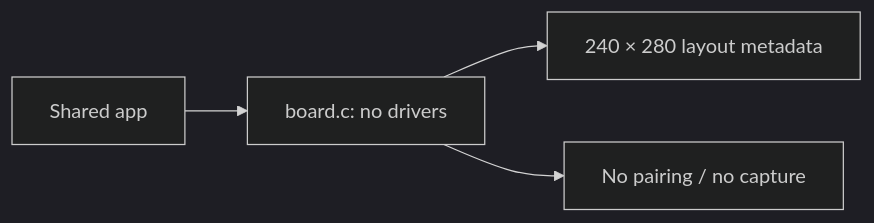
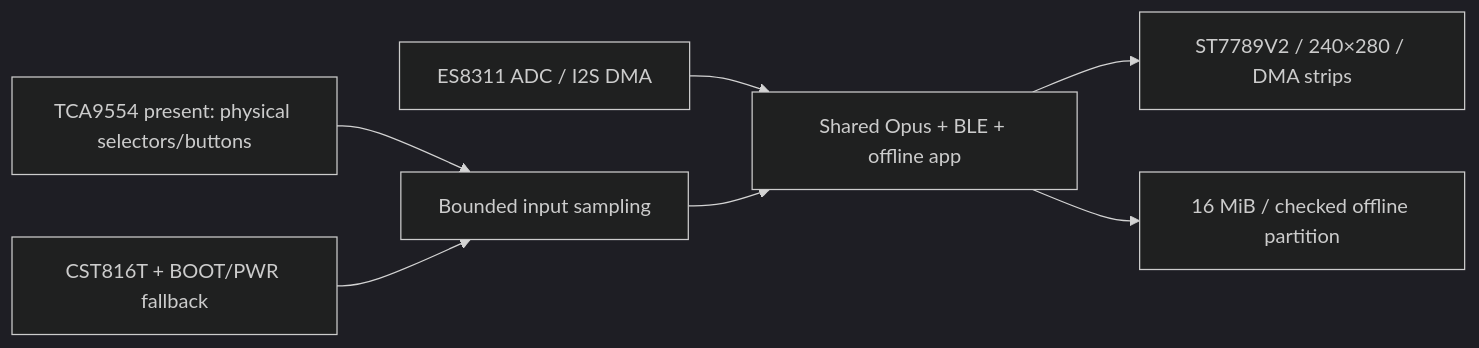
Before and after one commit to Harwasch/voiceremote: the diagram in FW/boards/waveshare_c6_169/README.md, drawn with Mermaid (dark theme). The commit also changed other lines of this file and 40 other files, not shown here.

````diff
--- a/FW/boards/waveshare_c6_169/README.md
+++ b/FW/boards/waveshare_c6_169/README.md
@@ -3,6 +3,9 @@
 ```mermaid
 flowchart LR
-    App[Shared app] --> Stub[board.c: no drivers]
-    Stub --> Size[240 × 280 layout metadata]
-    Stub --> Disabled[No pairing / no capture]
+    Mic[ES8311 ADC / I2S DMA] --> App[Shared Opus + BLE + offline app]
+    IO[TCA9554 present: physical selectors/buttons] --> Sample[Bounded input sampling]
+    Touch[CST816T + BOOT/PWR fallback] --> Sample
+    Sample --> App
+    App --> LCD[ST7789V2 / 240×280 / DMA strips]
+    App --> Flash[16 MiB / checked offline partition]
 ```
````
